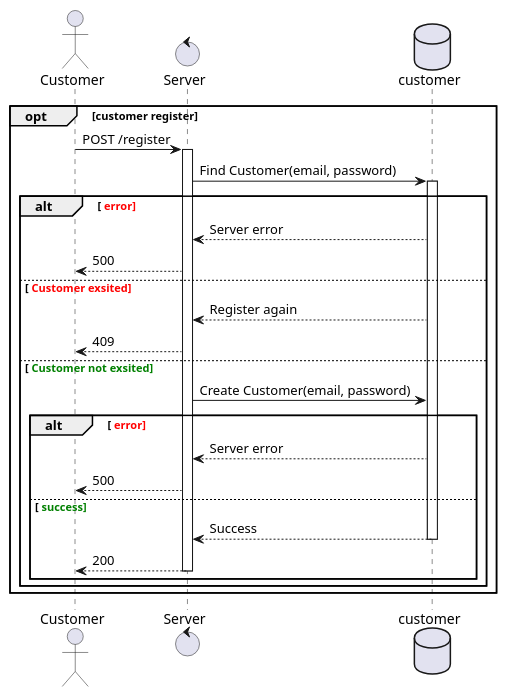
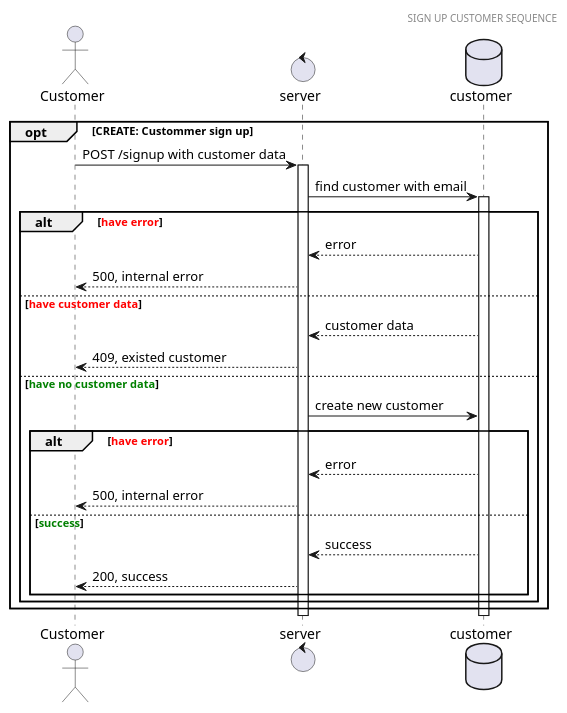
Before and after one commit to thang0206/SET_Test-Backend: the diagram in Study/backend/docs/sequenceDiagram/Customer/customer-register.plantuml, drawn with PlantUML. The commit also changed 13 other files, not shown here.

```diff
--- a/Study/backend/docs/sequenceDiagram/Customer/customer-register.plantuml
+++ b/Study/backend/docs/sequenceDiagram/Customer/customer-register.plantuml
@@ -1,35 +1,35 @@
-@startuml register
-    actor Customer
-    control Server
-    database customer
+@startuml signup customer sequence
 
-    opt customer register
-        Customer -> Server: POST /register
-        activate Server
-        Server -> customer: Find Customer(email, password)
-        activate customer
+header SIGN UP CUSTOMER SEQUENCE
+actor Customer 
+control server
+database customer
 
-        alt <font color=Red> error
-            Server <-- customer: Server error 
-            Customer <-- Server: 500
+opt CREATE: Custommer sign up
+  Customer -> server: POST /signup with customer data
+  activate server
+      server -> customer: find customer with email
+      activate customer
+      alt <font color=red>have error</font>
+        customer --> server: error
+        server --> Customer: 500, internal error
+      else <font color=red>have customer data</font>
+        customer --> server: customer data
+        server --> Customer: 409, existed customer
+      else <font color=green>have no customer data</font>
+          server -> customer: create new customer
+          alt <font color=red>have error</font>
+            customer --> server: error
+            server --> Customer: 500, internal error
+          else <font color=green>success</font>
+            customer --> server: success
+            server --> Customer: 200, success
+          end
+      end
+    end
+    deactivate customer
+    deactivate server
 
-        else <font color=Red> Customer exsited
-            Server <-- customer: Register again
-            Customer <-- Server: 409
 
-        else <font color=Green> Customer not exsited 
-            Server -> customer: Create Customer(email, password) 
-            alt <font color=Red> error
-                Server <-- customer: Server error
-                Customer <-- Server: 500
-
-            else <font color=Green> success
-                Server <-- customer: Success
-                deactivate customer
-                Customer <-- Server: 200
-                deactivate Server
-            end
-        end 
-    end
 
 @enduml
```
